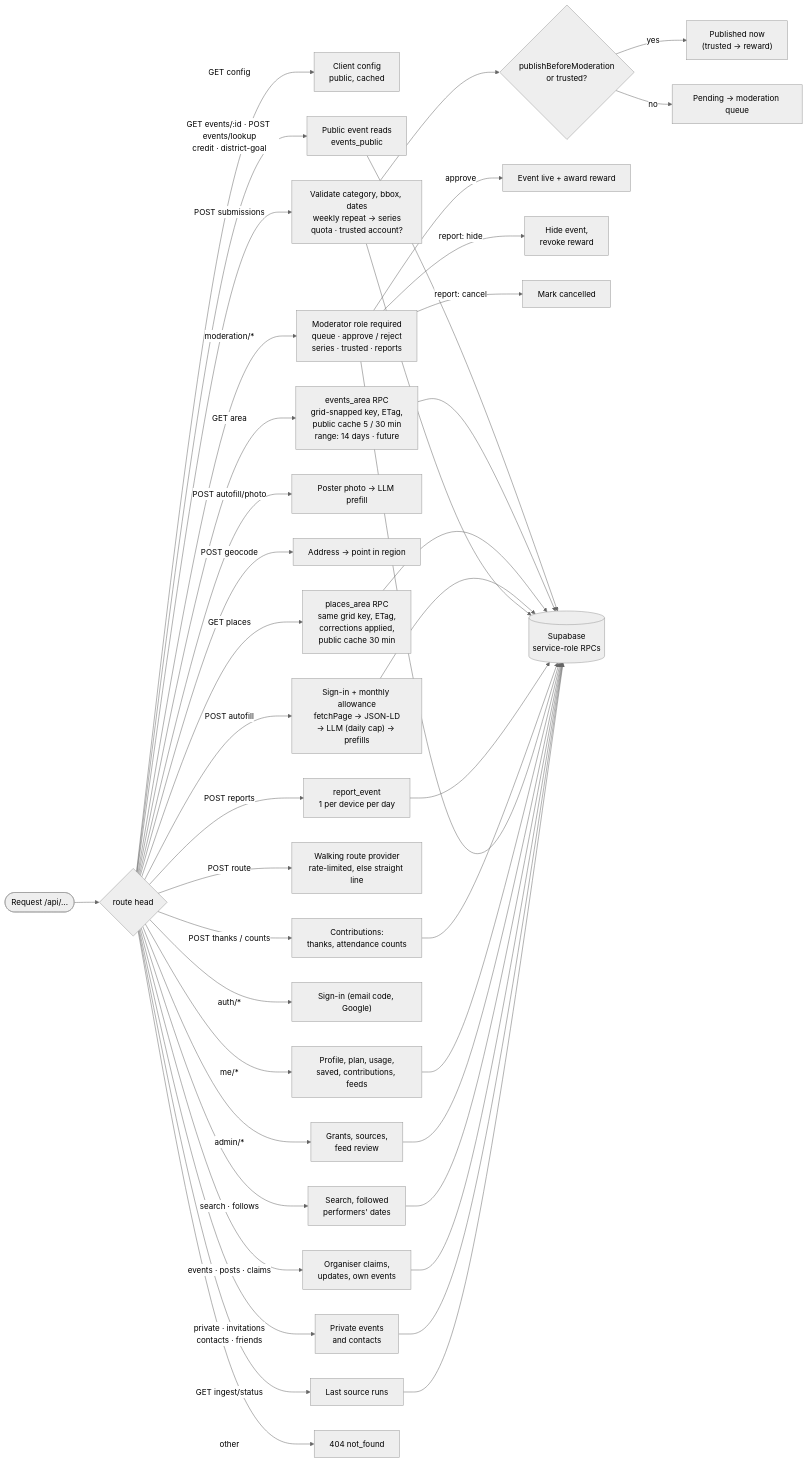
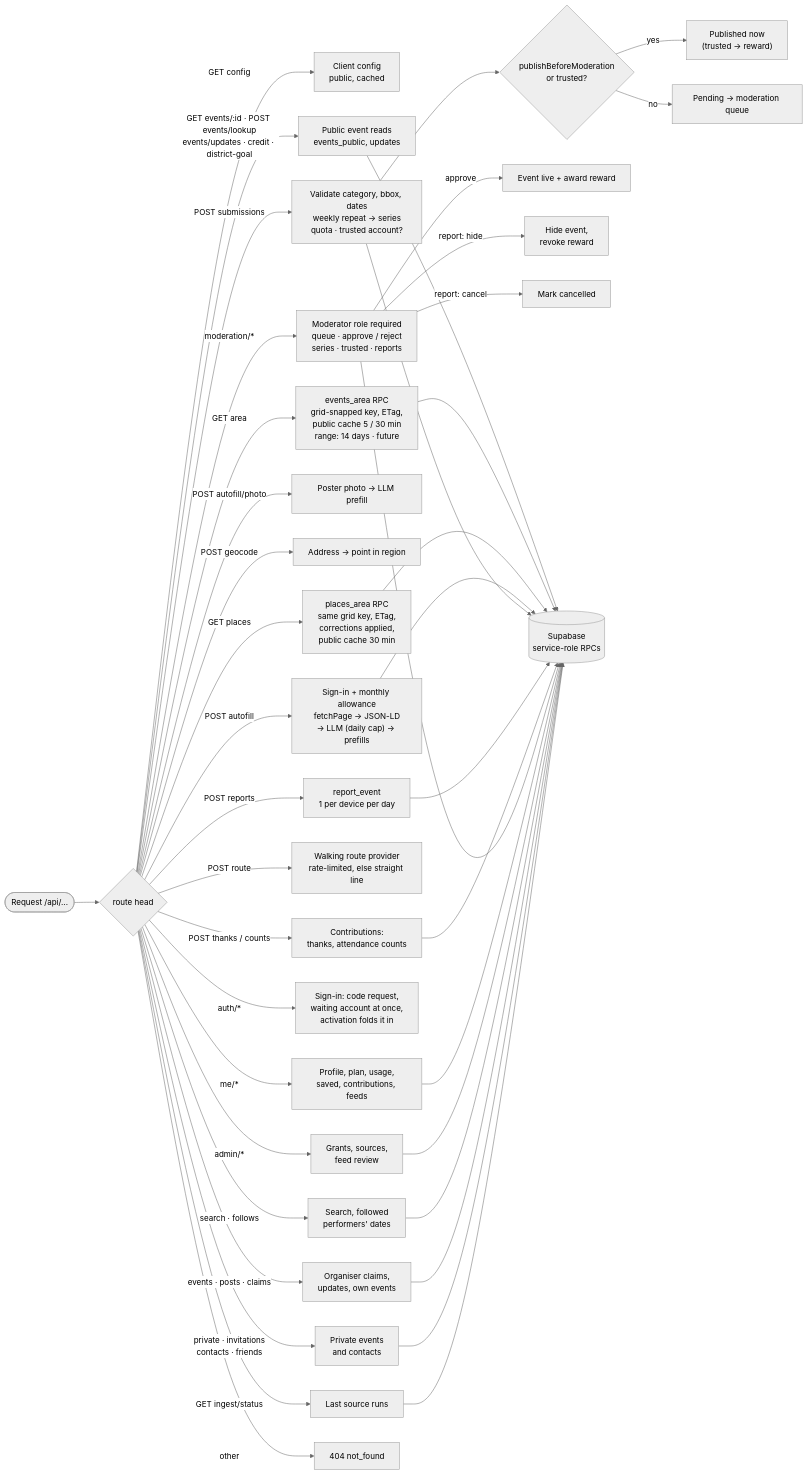
The third of 4 diagrams in docs/ARCHITECTURE.md (PriamSinbob/Happow), drawn with Mermaid (neutral theme) before and after one commit. The commit also changed other lines of this file and 49 other files, not shown here.

First line of the commit message:
Fixes before native: sign-in at once, longer codes, updates, places, hand-over

````diff
--- a/docs/ARCHITECTURE.md
+++ b/docs/ARCHITECTURE.md
@@ -123,33 +123,33 @@
 ```mermaid
 flowchart LR
   REQ(["Request /api/..."]) --> R{"route head"}
   R -- "GET config" --> CONF2["Client config<br/>public, cached"]
-  R -- "GET events/:id · POST events/lookup<br/>credit · district-goal" --> EVR["Public event reads<br/>events_public"]
+  R -- "GET events/:id · POST events/lookup<br/>events/updates · credit · district-goal" --> EVR["Public event reads<br/>events_public, updates"]
   R -- "GET area" --> AREA["events_area RPC<br/>grid-snapped key, ETag,<br/>public cache 5 / 30 min<br/>range: 14 days · future"]
   R -- "GET places" --> PLACES["places_area RPC<br/>same grid key, ETag,<br/>corrections applied,<br/>public cache 30 min"]
   R -- "POST autofill" --> AF["Sign-in + monthly allowance<br/>fetchPage → JSON-LD<br/>→ LLM (daily cap) → prefills"]
   R -- "POST autofill/photo" --> AFP["Poster photo → LLM prefill"]
   R -- "POST geocode" --> GC["Address → point in region"]
   R -- "POST submissions" --> SUB["Validate category, bbox, dates<br/>weekly repeat → series<br/>quota · trusted account?"]
   R -- "POST reports" --> REP["report_event<br/>1 per device per day"]
   R -- "POST thanks / counts" --> CON["Contributions:<br/>thanks, attendance counts"]
   R -- "POST route" --> ROUTE["Walking route provider<br/>rate-limited, else straight line"]
   R -- "moderation/*" --> MOD["Moderator role required<br/>queue · approve / reject<br/>series · trusted · reports"]
-  R -- "auth/*" --> AUTH["Sign-in (email code, Google)"]
+  R -- "auth/*" --> AUTH["Sign-in: code request,<br/>waiting account at once,<br/>activation folds it in"]
   R -- "me/*" --> ME["Profile, plan, usage,<br/>saved, contributions, feeds"]
   R -- "admin/*" --> ADM["Grants, sources,<br/>feed review"]
   R -- "search · follows" --> FOL["Search, followed<br/>performers' dates"]
   R -- "events · posts · claims" --> ORG["Organiser claims,<br/>updates, own events"]
   R -- "private · invitations<br/>contacts · friends" --> PRIV["Private events<br/>and contacts"]
   R -- "GET ingest/status" --> IST["Last source runs"]
   R -- other --> E404["404 not_found"]
 
   SUB --> PUB{"publishBeforeModeration<br/>or trusted?"}
   PUB -- yes --> LIVE["Published now<br/>(trusted → reward)"]
   PUB -- no --> PEND["Pending → moderation queue"]
   MOD -- approve --> AWARD["Event live + award reward"]
   MOD -- "report: hide" --> REVOKE["Hide event,<br/>revoke reward"]
   MOD -- "report: cancel" --> CANC["Mark cancelled"]
 
   EVR & AREA & PLACES & AF & SUB & REP & CON & MOD & ME & ADM & FOL & ORG & PRIV & IST --> DB[("Supabase<br/>service-role RPCs")]
 ```
````
